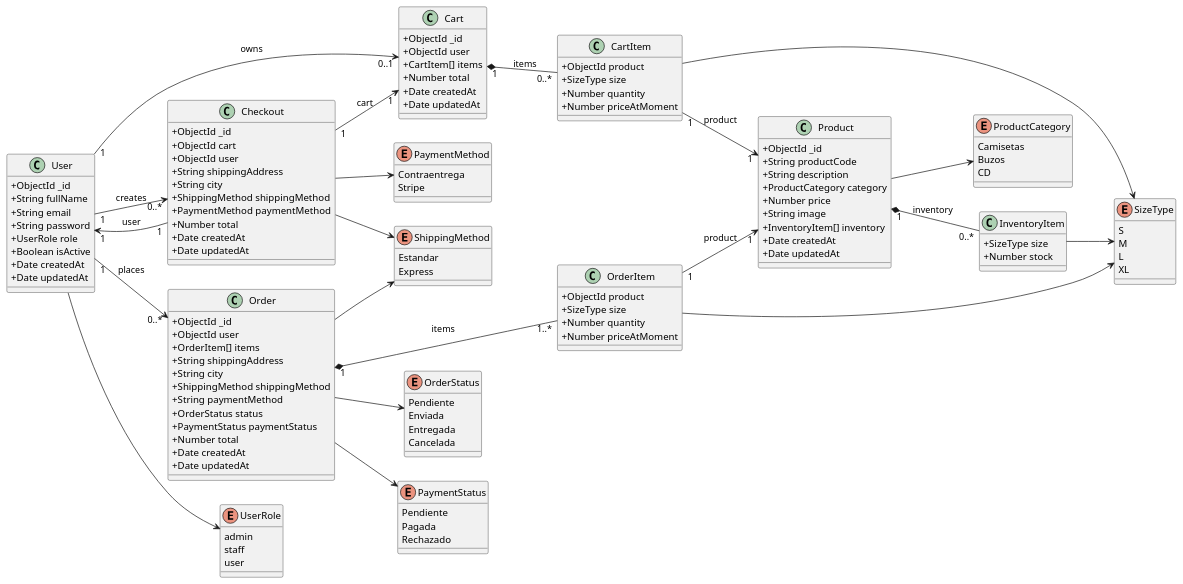
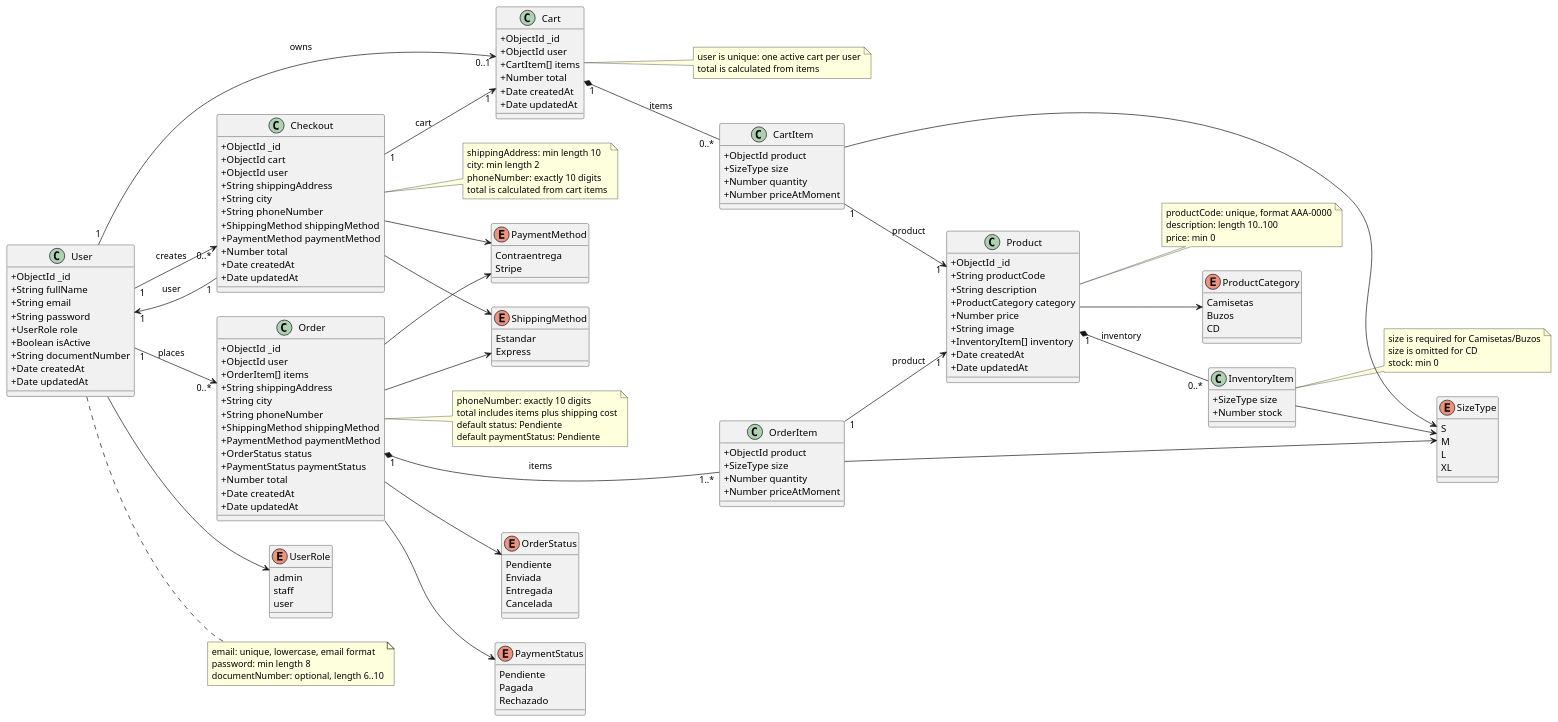
The diagram in docs/model-class-diagram.md (sergio-programming/api_ecommerce_blackened), drawn with PlantUML before and after one commit. The commit also changed 1 other file, not shown here.

Commit message:
Configuración del Dockerfile

````diff
--- a/docs/model-class-diagram.md
+++ b/docs/model-class-diagram.md
@@ -10,6 +10,7 @@
   +String password
   +UserRole role
   +Boolean isActive
+  +String documentNumber
   +Date createdAt
   +Date updatedAt
 }
@@ -53,6 +54,7 @@
   +ObjectId user
   +String shippingAddress
   +String city
+  +String phoneNumber
   +ShippingMethod shippingMethod
   +PaymentMethod paymentMethod
   +Number total
@@ -66,8 +68,9 @@
   +OrderItem[] items
   +String shippingAddress
   +String city
+  +String phoneNumber
   +ShippingMethod shippingMethod
-  +String paymentMethod
+  +PaymentMethod paymentMethod
   +OrderStatus status
   +PaymentStatus paymentStatus
   +Number total
@@ -144,7 +147,45 @@
 Checkout --> ShippingMethod
 Checkout --> PaymentMethod
 Order --> ShippingMethod
+Order --> PaymentMethod
 Order --> OrderStatus
 Order --> PaymentStatus
+
+note right of User
+  email: unique, lowercase, email format
+  password: min length 8
+  documentNumber: optional, length 6..10
+end note
+
+note right of Product
+  productCode: unique, format AAA-0000
+  description: length 10..100
+  price: min 0
+end note
+
+note right of InventoryItem
+  size is required for Camisetas/Buzos
+  size is omitted for CD
+  stock: min 0
+end note
+
+note right of Cart
+  user is unique: one active cart per user
+  total is calculated from items
+end note
+
+note right of Checkout
+  shippingAddress: min length 10
+  city: min length 2
+  phoneNumber: exactly 10 digits
+  total is calculated from cart items
+end note
+
+note right of Order
+  phoneNumber: exactly 10 digits
+  total includes items plus shipping cost
+  default status: Pendiente
+  default paymentStatus: Pendiente
+end note
 @enduml
 ```
````
